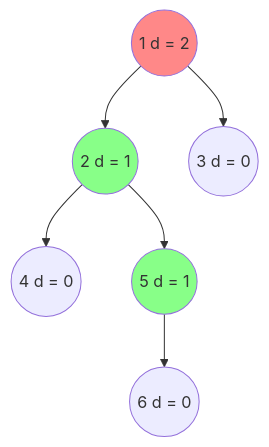
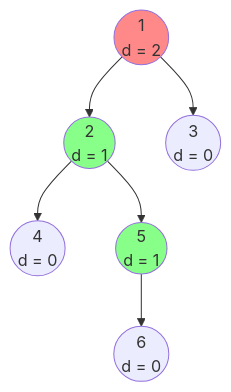
The fifth of 9 diagrams in Notes/binary_tree.md (Tablerase/42_Projects), drawn with Mermaid before and after one commit. The commit also changed other lines of this file, not shown here.

````diff
--- a/Notes/binary_tree.md
+++ b/Notes/binary_tree.md
@@ -103,16 +108,16 @@
-```mermaid
-graph TD
-classDef diff1 fill:#8f8;
-classDef diff2 fill:#f88;
-    1((1 d = 2)):::diff2
-    2((2 d = 1)):::diff1
-    3((3 d = 0))
-    4((4 d = 0))
-    5((5 d = 1)):::diff1
-    6((6 d = 0))
+  ```mermaid
+  graph TD
+    classDef diff1 fill:#8f8;
+    classDef diff2 fill:#f88;
+    1((1\nd = 2)):::diff2
+    2((2\nd = 1)):::diff1
+    3((3\nd = 0))
+    4((4\nd = 0))
+    5((5\nd = 1)):::diff1
+    6((6\nd = 0))
     1 --> 2
     1 --> 3
     2 --> 4
     2 --> 5
     5 --> 6
-```
+  ```
````
